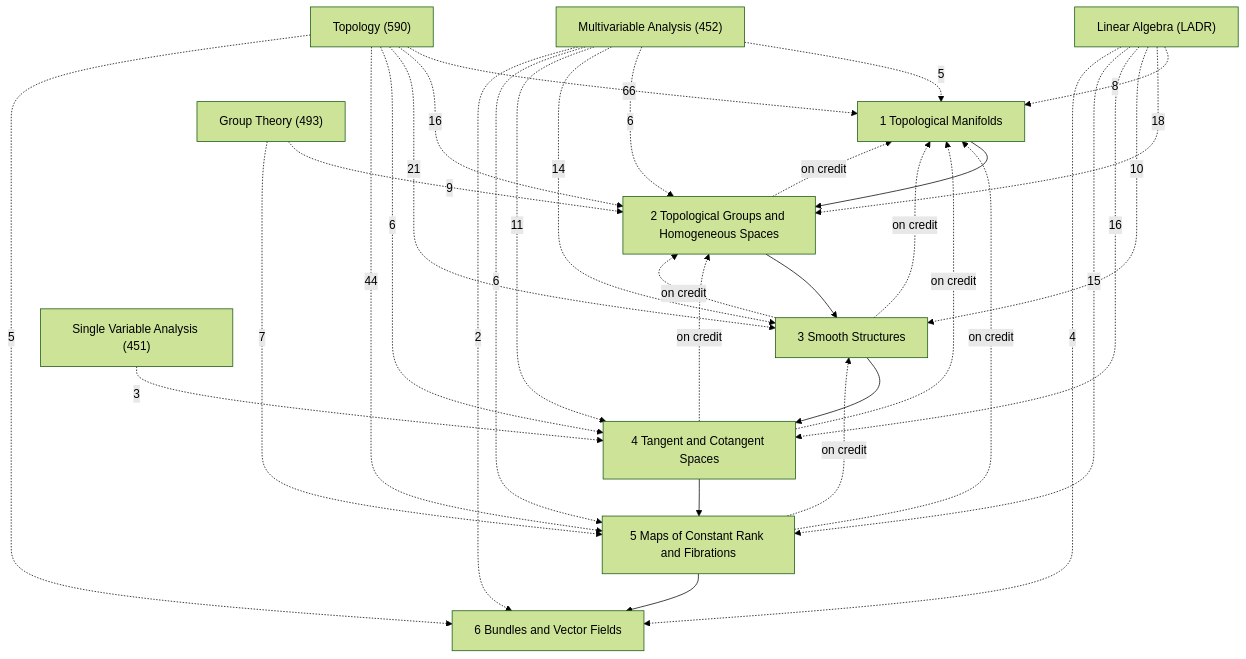
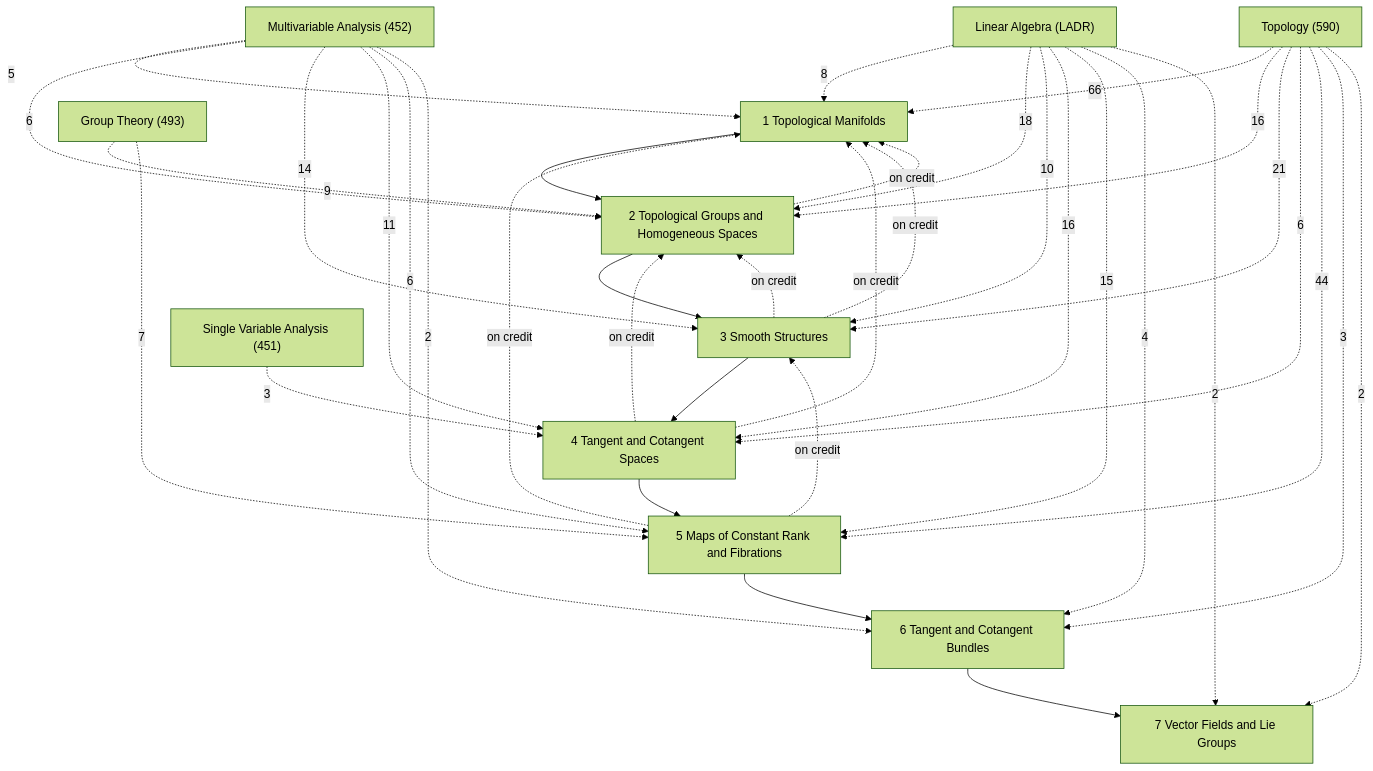
Before and after one commit to Onion20040508/notes: the diagram in Math/Differentiable Manifolds/Differentiable Manifolds.md, drawn with Mermaid (forest theme). The commit also changed other lines of this file and 36 other files, not shown here.

````diff
--- a/Math/Differentiable Manifolds/Differentiable Manifolds.md
+++ b/Math/Differentiable Manifolds/Differentiable Manifolds.md
@@ -27,47 +27,51 @@
 ```mermaid
 graph TD
   C1["1 Topological Manifolds"]
   C2["2 Topological Groups and Homogeneous Spaces"]
   C3["3 Smooth Structures"]
   C4["4 Tangent and Cotangent Spaces"]
   C5["5 Maps of Constant Rank and Fibrations"]
-  C6["6 Bundles and Vector Fields"]
+  C6["6 Tangent and Cotangent Bundles"]
+  C7["7 Vector Fields and Lie Groups"]
   X1["Topology (590)"]
   X2["Multivariable Analysis (452)"]
   X3["Linear Algebra (LADR)"]
   X4["Group Theory (493)"]
   X5["Single Variable Analysis (451)"]
   C1 --> C2
   C2 --> C3
   C3 --> C4
   C4 --> C5
   C5 --> C6
+  C6 --> C7
   C2 -.->|on credit| C1
   C3 -.->|on credit| C1
   C3 -.->|on credit| C2
   C4 -.->|on credit| C1
   C4 -.->|on credit| C2
   C5 -.->|on credit| C1
   C5 -.->|on credit| C3
   X4 -.->|9| C2
   X4 -.->|7| C5
   X3 -.->|8| C1
   X3 -.->|18| C2
   X3 -.->|10| C3
   X3 -.->|16| C4
   X3 -.->|15| C5
   X3 -.->|4| C6
+  X3 -.->|2| C7
   X2 -.->|5| C1
   X2 -.->|6| C2
   X2 -.->|14| C3
   X2 -.->|11| C4
   X2 -.->|6| C5
   X2 -.->|2| C6
   X5 -.->|3| C4
   X1 -.->|66| C1
   X1 -.->|16| C2
   X1 -.->|21| C3
   X1 -.->|6| C4
   X1 -.->|44| C5
-  X1 -.->|5| C6
+  X1 -.->|3| C6
+  X1 -.->|2| C7
 ```
````
